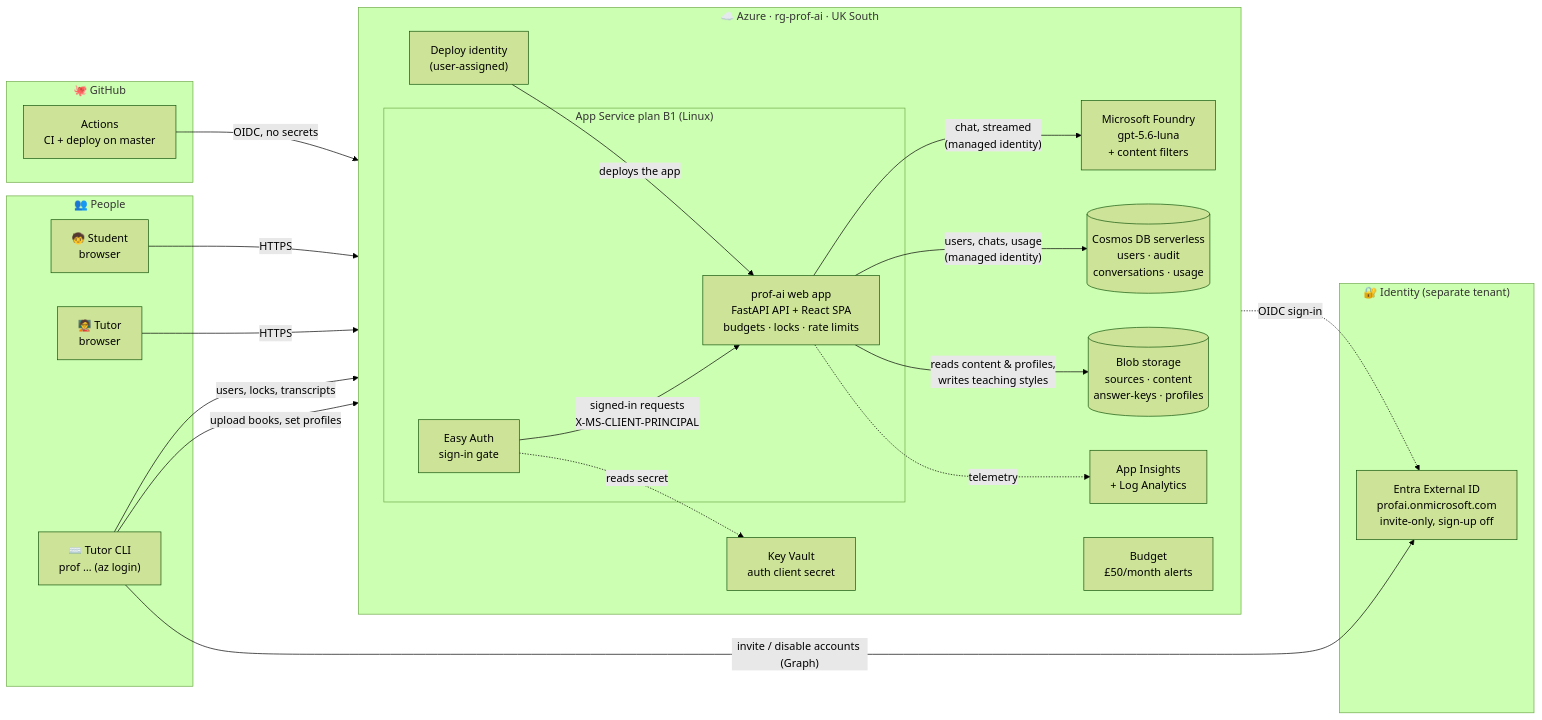
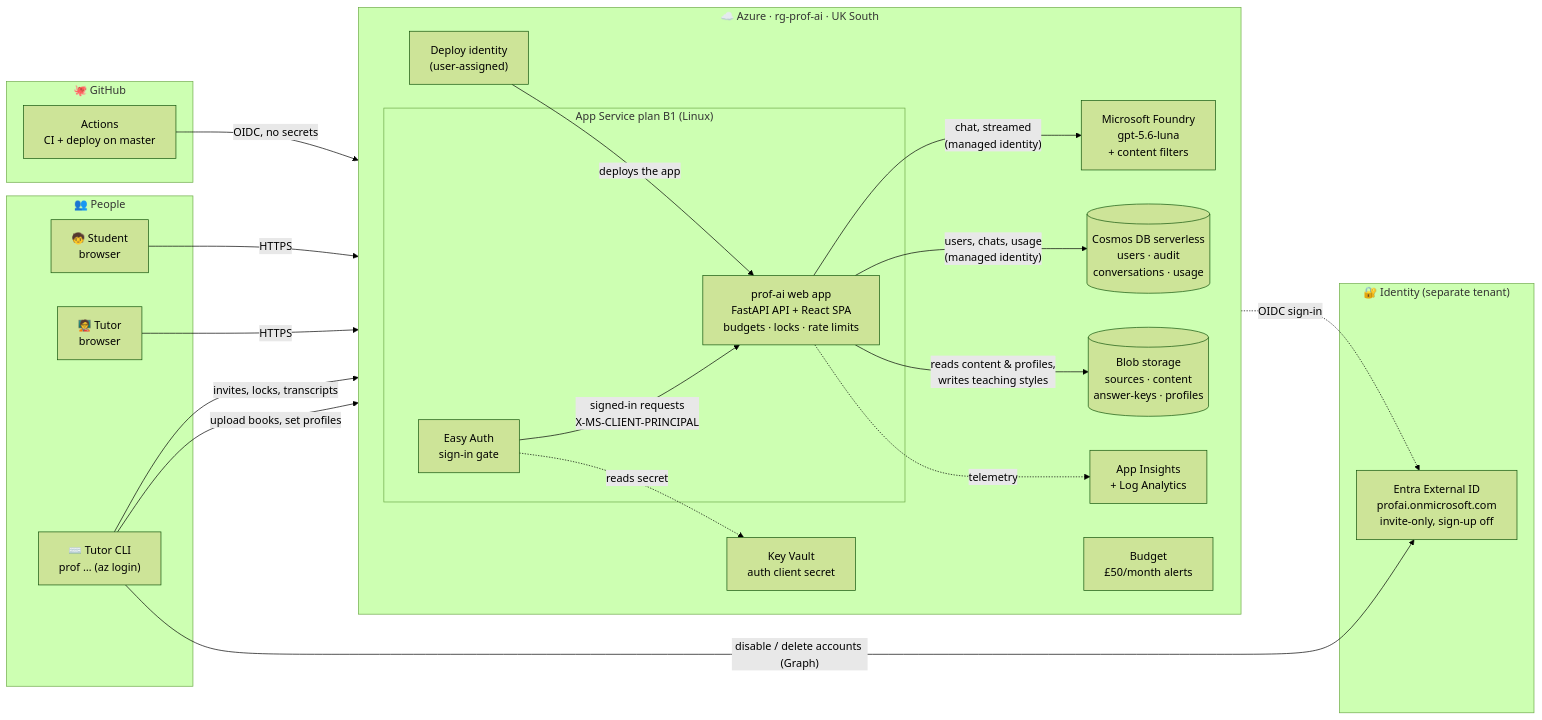
The first of 2 diagrams in README.md (Samrudh-Anavatti/prof-ai), drawn with Mermaid (forest theme) before and after one commit. The commit also changed other lines of this file and 5 other files, not shown here.

````diff
--- a/README.md
+++ b/README.md
@@ -134,46 +143,46 @@
 ```mermaid
 flowchart LR
     subgraph People["👥 People"]
         S["🧒 Student<br/>browser"]
         T["🧑‍🏫 Tutor<br/>browser"]
         CLI["⌨️ Tutor CLI<br/>prof … (az login)"]
     end
 
     subgraph Identity["🔐 Identity (separate tenant)"]
         EXT["Entra External ID<br/>profai.onmicrosoft.com<br/>invite-only, sign-up off"]
     end
 
     subgraph GH["🐙 GitHub"]
         GHA["Actions<br/>CI + deploy on master"]
     end
 
     subgraph RG["☁️ Azure · rg-prof-ai · UK South"]
         direction LR
         subgraph Web["App Service plan B1 (Linux)"]
             EA["Easy Auth<br/>sign-in gate"]
             APP["prof-ai web app<br/>FastAPI API + React SPA<br/>budgets · locks · rate limits"]
         end
         FDY["Microsoft Foundry<br/>gpt-5.6-luna<br/>+ content filters"]
         COS[("Cosmos DB serverless<br/>users · audit<br/>conversations · usage")]
         BLOB[("Blob storage<br/>sources · content<br/>answer-keys · profiles")]
         KV["Key Vault<br/>auth client secret"]
         MON["App Insights<br/>+ Log Analytics"]
         DEP["Deploy identity<br/>(user-assigned)"]
         BUD["Budget<br/>£50/month alerts"]
     end
 
     S -- HTTPS --> EA
     T -- HTTPS --> EA
     EA -. "OIDC sign-in" .-> EXT
     EA -- "signed-in requests<br/>X-MS-CLIENT-PRINCIPAL" --> APP
     APP -- "chat, streamed<br/>(managed identity)" --> FDY
     APP -- "users, chats, usage<br/>(managed identity)" --> COS
     APP -- "reads content & profiles,<br/>writes teaching styles" --> BLOB
     EA -. reads secret .-> KV
     APP -. telemetry .-> MON
     CLI -- "upload books, set profiles" --> BLOB
-    CLI -- "users, locks, transcripts" --> COS
-    CLI -- "invite / disable accounts (Graph)" --> EXT
+    CLI -- "invites, locks, transcripts" --> COS
+    CLI -- "disable / delete accounts (Graph)" --> EXT
     GHA -- "OIDC, no secrets" --> DEP
     DEP -- "deploys the app" --> APP
 ```
````
